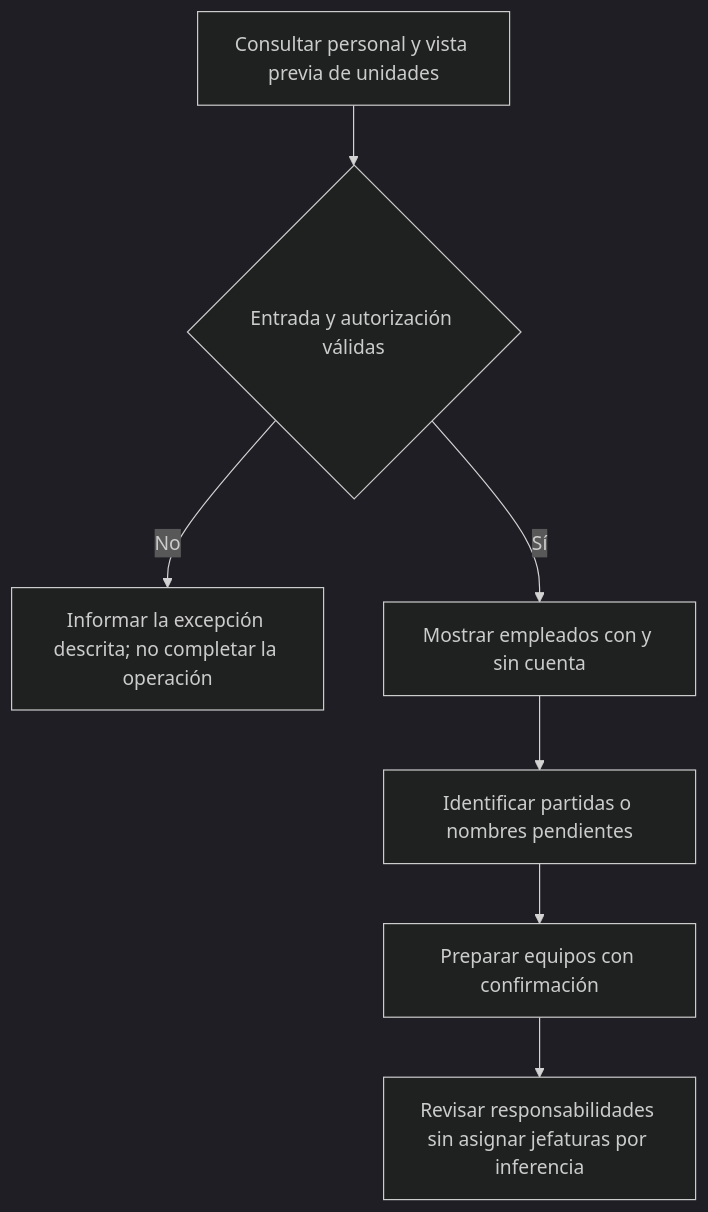
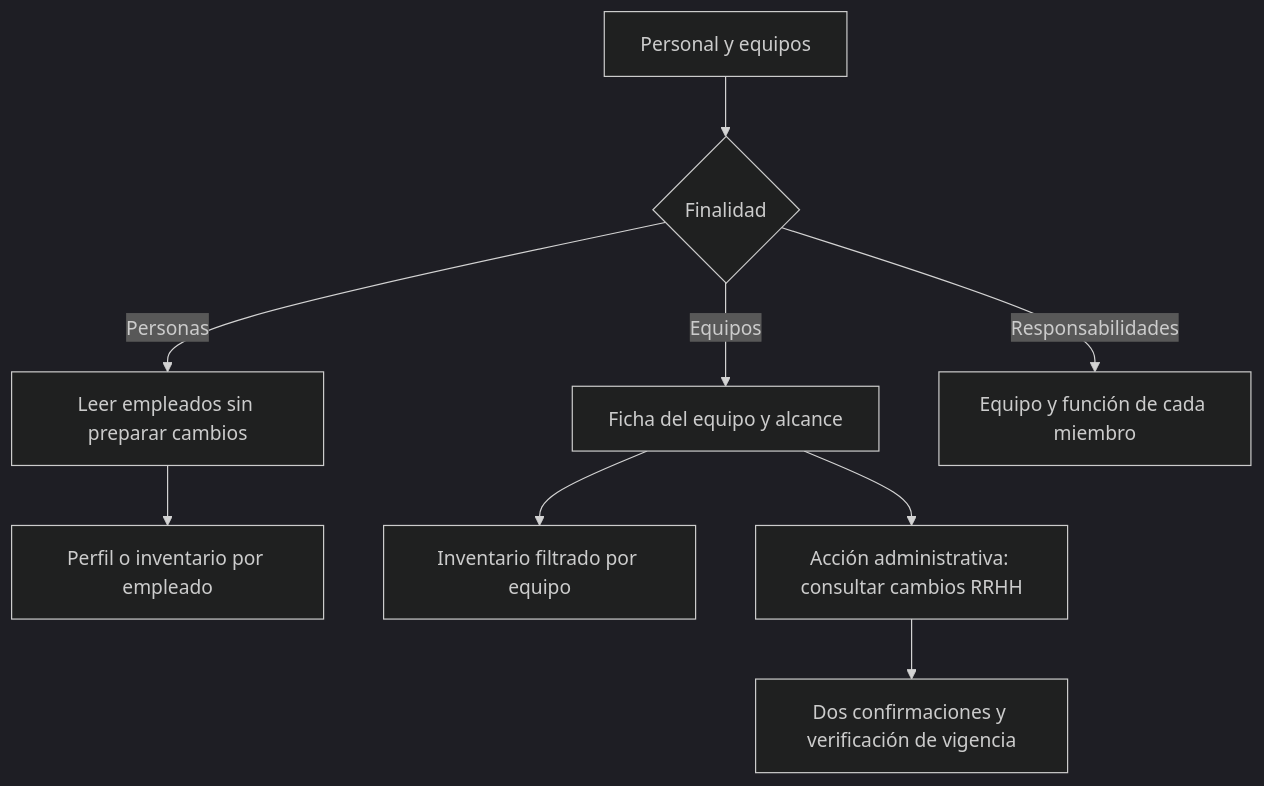
The tenth of 24 diagrams in casos-de uso.md (EMETRA/Sistema-tickets), drawn with Mermaid (dark theme) before and after one commit. The commit also changed other lines of this file and 1 other file, not shown here.

Commit message:
docs: explicar tareas de personal, activos y red

````diff
--- a/casos-de uso.md
+++ b/casos-de uso.md
@@ -592,15 +591,11 @@
 ```mermaid
 flowchart TD
-  inicio["Consultar personal y vista previa de unidades"]
-  control{"Entrada y autorización válidas"}
-  inicio --> control
-  control -->|No| rechazo["Informar la excepción descrita; no completar la operación"]
-  paso1["Mostrar empleados con y sin cuenta"]
-  control -->|Sí| paso1
-  paso2["Identificar partidas o nombres pendientes"]
-  paso1 --> paso2
-  paso3["Preparar equipos con confirmación"]
-  paso2 --> paso3
-  paso4["Revisar responsabilidades sin asignar jefaturas por inferencia"]
-  paso3 --> paso4
+  inicio["Personal y equipos"] --> tarea{"Finalidad"}
+  tarea -->|Personas| directorio["Leer empleados sin preparar cambios"]
+  directorio --> perfil["Perfil o inventario por empleado"]
+  tarea -->|Equipos| equipo["Ficha del equipo y alcance"]
+  equipo --> bienes["Inventario filtrado por equipo"]
+  tarea -->|Responsabilidades| miembro["Equipo y función de cada miembro"]
+  equipo --> sincronizar["Acción administrativa: consultar cambios RRHH"]
+  sincronizar --> confirmar["Dos confirmaciones y verificación de vigencia"]
 ```
````
